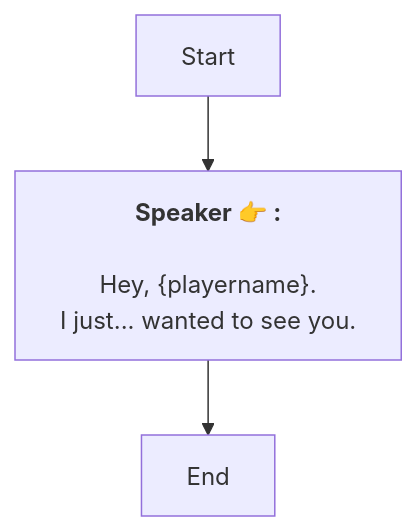
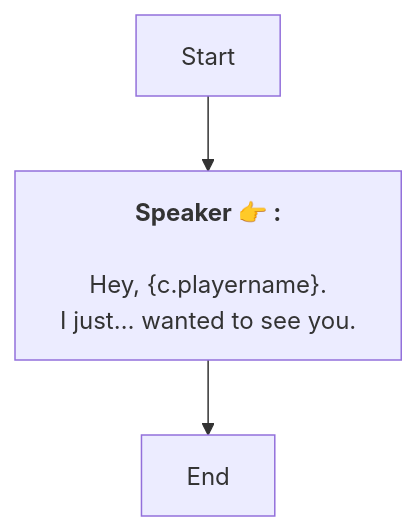
The diagram in En/Dialog_55209110178020.md (SoftHu/tos_avg), drawn with Mermaid before and after one commit. The commit also changed 410 other files, not shown here.

````diff
--- a/En/Dialog_55209110178020.md
+++ b/En/Dialog_55209110178020.md
@@ -1,8 +1,8 @@
 ```mermaid
 graph
 Start -->1766691966779318[<b>Speaker 👉 :</b>
-\nHey, &lbrace;playername&rbrace;. 
-I just... wanted to see you.]
+\nHey, &lbrace;c.playername&rbrace;. 
+I just… wanted to see you.]
 1766691966779318 -->1766691959425973[End]
 
 ```
````
